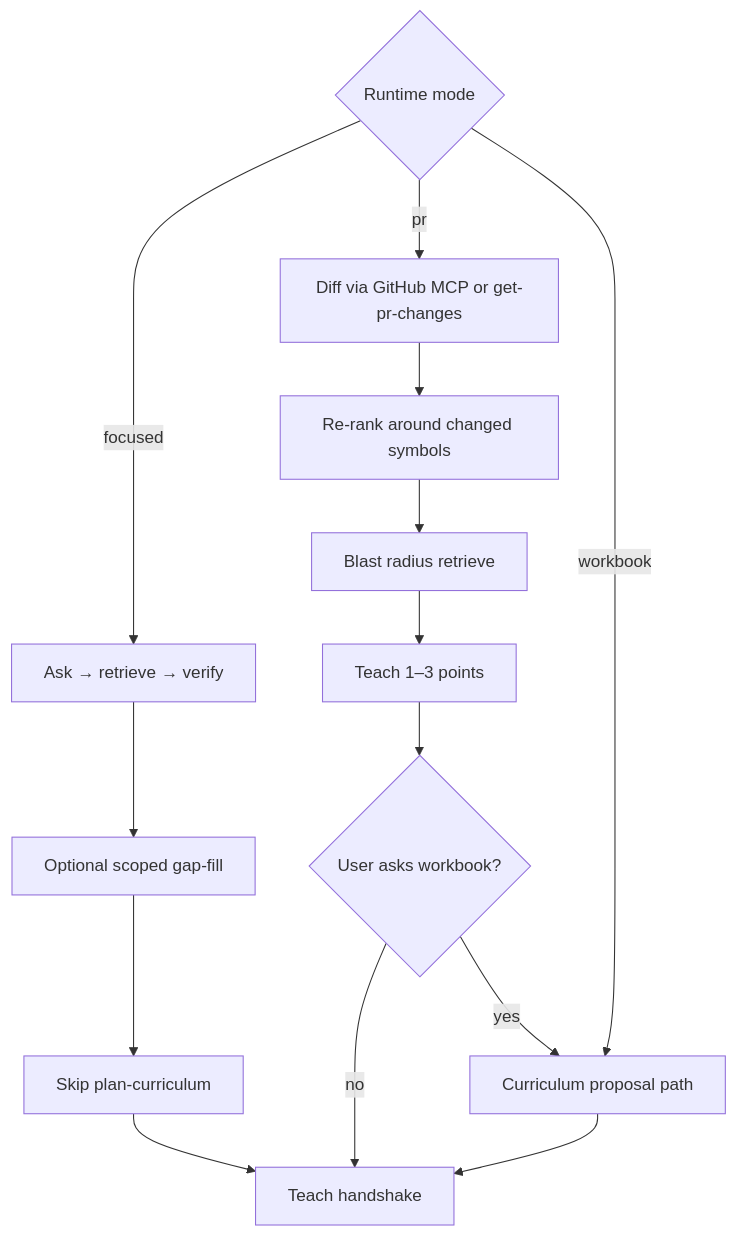
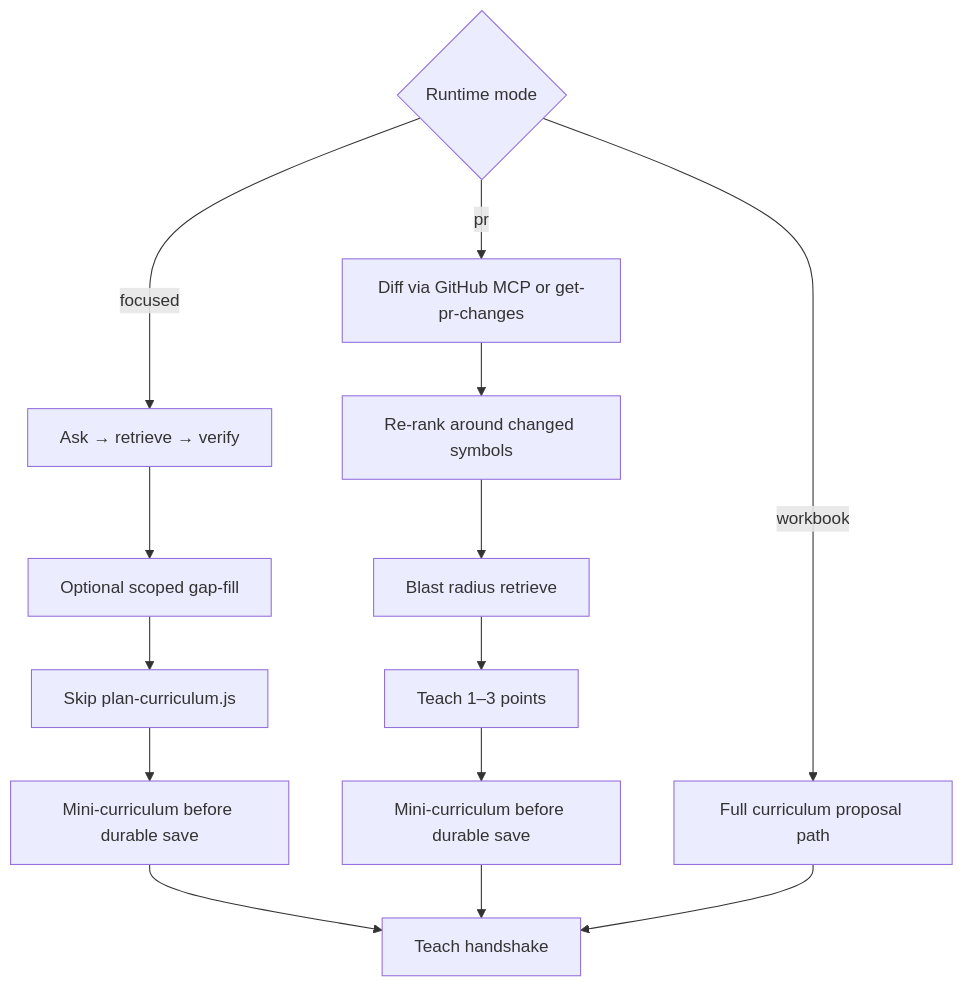
One commit to b-amir/repay-techdebt changed the third of 7 diagrams in docs/how-it-works.md. Above: the diagram before and after it, drawn with Mermaid. The commit also changed other lines of this file and 5 other files, not shown here.

````diff
--- a/docs/how-it-works.md
+++ b/docs/how-it-works.md
@@ -262,18 +269,18 @@
 ```mermaid
 flowchart TD
   M{Runtime mode} -->|focused| F1[Ask → retrieve → verify]
   F1 --> F2[Optional scoped gap-fill]
-  F2 --> F3[Skip plan-curriculum]
-  F3 --> T[Teach handshake]
+  F2 --> F3[Skip plan-curriculum.js]
+  F3 --> F4[Mini-curriculum before durable save]
+  F4 --> T[Teach handshake]
 
   M -->|pr| P1[Diff via GitHub MCP or get-pr-changes]
   P1 --> P2[Re-rank around changed symbols]
   P2 --> P3[Blast radius retrieve]
   P3 --> P4[Teach 1–3 points]
-  P4 --> P5{User asks workbook?}
-  P5 -->|no| T
-  P5 -->|yes| W
+  P4 --> P5[Mini-curriculum before durable save]
+  P5 --> T
 
-  M -->|workbook| W[Curriculum proposal path]
+  M -->|workbook| W[Full curriculum proposal path]
   W --> T
 ```
````
